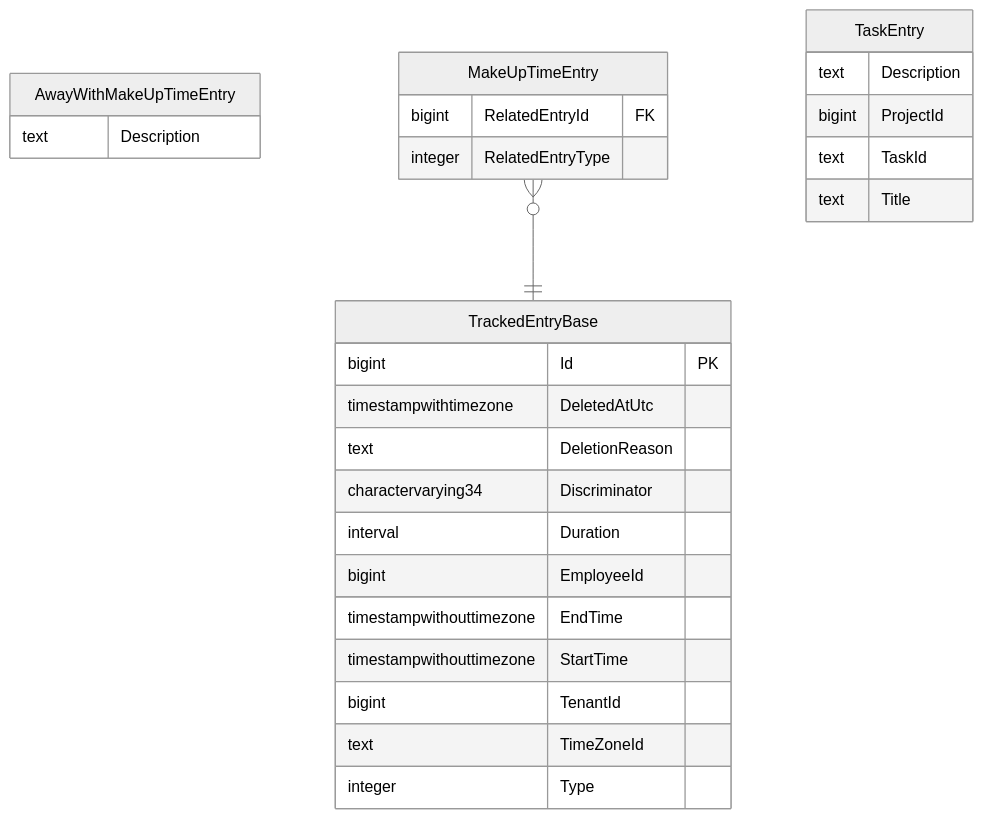
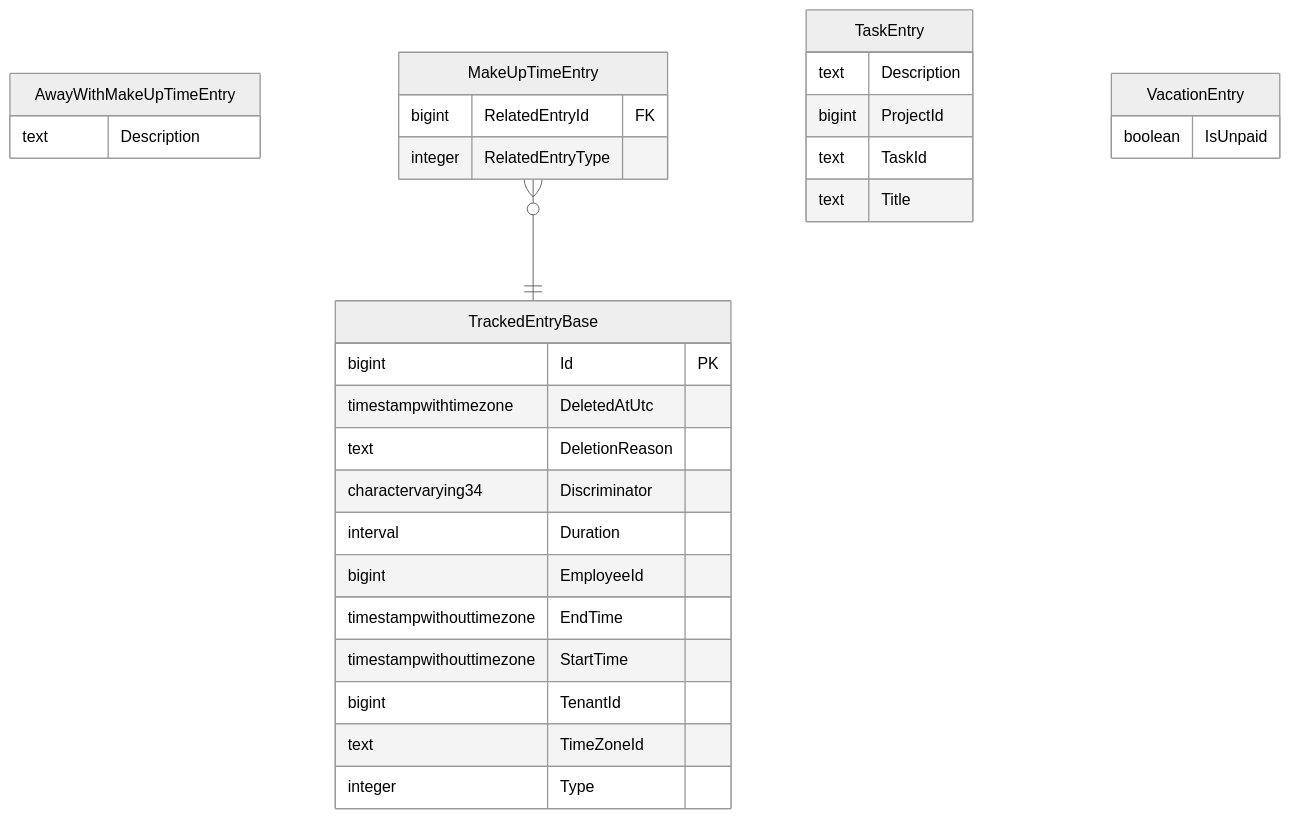
Before and after one commit to TourmalineCore/inner-circle-time-api: the diagram in README.md, drawn with Mermaid. The commit also changed other lines of this file and 24 other files, not shown here.

First line of the commit message:
fix: #110: add implementation for vacation entries endpoints so that users can track this entry in the time tracker (#127)

````diff
--- a/README.md
+++ b/README.md
@@ -107,31 +107,34 @@
 ```mermaid
 	erDiagram
 	%%{init: {'theme':'neutral'}}%%
 	AwayWithMakeUpTimeEntry {
 		text Description 
 	}
 	MakeUpTimeEntry {
 		bigint RelatedEntryId FK
 		integer RelatedEntryType 
 	}
 	TaskEntry {
 		text Description 
 		bigint ProjectId 
 		text TaskId 
 		text Title 
 	}
 	TrackedEntryBase {
 		bigint Id PK
 		timestampwithtimezone DeletedAtUtc 
 		text DeletionReason 
 		charactervarying34 Discriminator 
 		interval Duration 
 		bigint EmployeeId 
 		timestampwithouttimezone EndTime 
 		timestampwithouttimezone StartTime 
 		bigint TenantId 
 		text TimeZoneId 
 		integer Type 
 	}
+	VacationEntry {
+		boolean IsUnpaid 
+	}
 MakeUpTimeEntry}o--||TrackedEntryBase : ""
 ```
````
